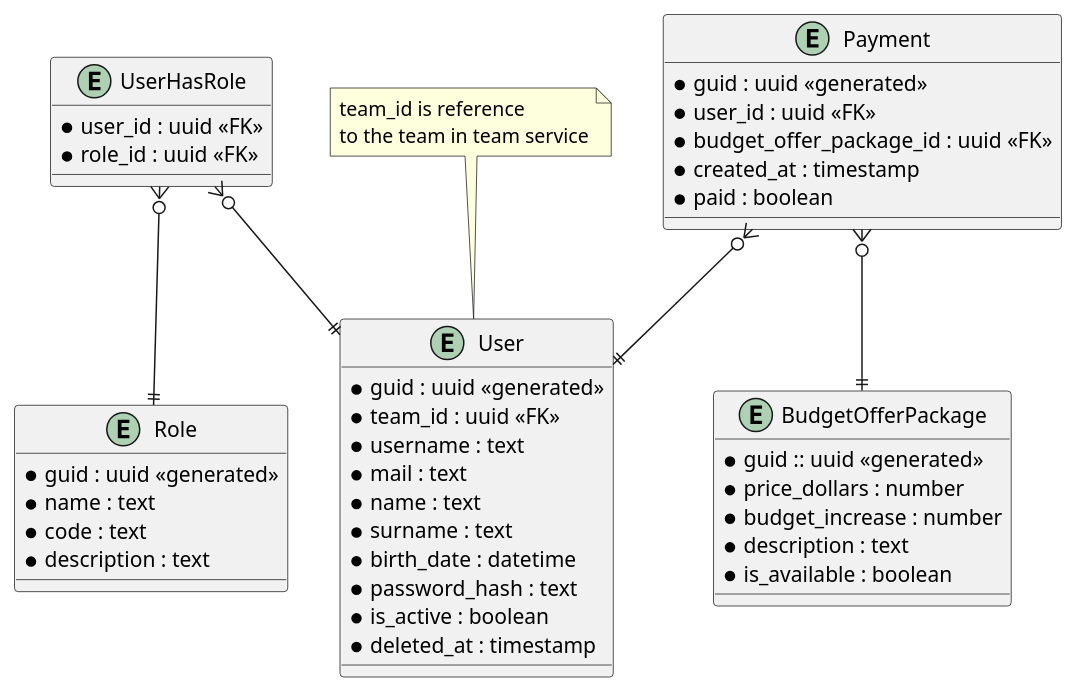
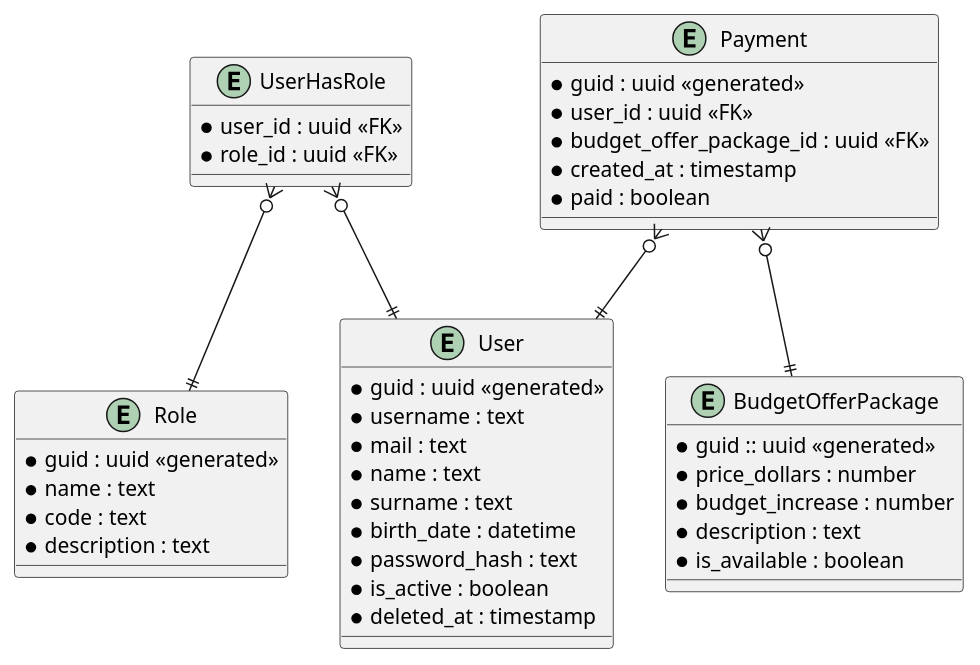
Before and after one commit to Ricaps/Ice-Hockey-Manager: the diagram in docs/diagrams/er/user-service-erd.puml, drawn with PlantUML. The commit also changed 77 other files, not shown here.

Commit message:
User service IT + remove teamId

```diff
--- a/docs/diagrams/er/user-service-erd.puml
+++ b/docs/diagrams/er/user-service-erd.puml
@@ -1,52 +1,49 @@
 @startuml
 
 entity User {
     * guid : uuid <<generated>>
-    * team_id : uuid <<FK>>
     * username : text
     * mail : text
     * name : text
     * surname : text
     * birth_date : datetime
     * password_hash : text
     * is_active : boolean
     * deleted_at : timestamp
 }
 
 entity UserHasRole {
     * user_id : uuid <<FK>>
     * role_id : uuid <<FK>>
 }
 
 entity Role {
     * guid : uuid <<generated>>
     * name : text
     * code : text
     * description : text
 }
 
 entity Payment {
     * guid : uuid <<generated>>
     * user_id : uuid <<FK>>
     * budget_offer_package_id : uuid <<FK>>
     * created_at : timestamp
     * paid : boolean
 }
 
 entity BudgetOfferPackage {
     * guid :: uuid <<generated>>
     * price_dollars : number
     * budget_increase : number
     * description : text
     * is_available : boolean
 }
 
 UserHasRole }o--|| Role
 UserHasRole }o--|| User
 
 Payment }o--|| User
 Payment }o--|| BudgetOfferPackage
 
-note top of User : team_id is reference \nto the team in team service
-
 @enduml
```
